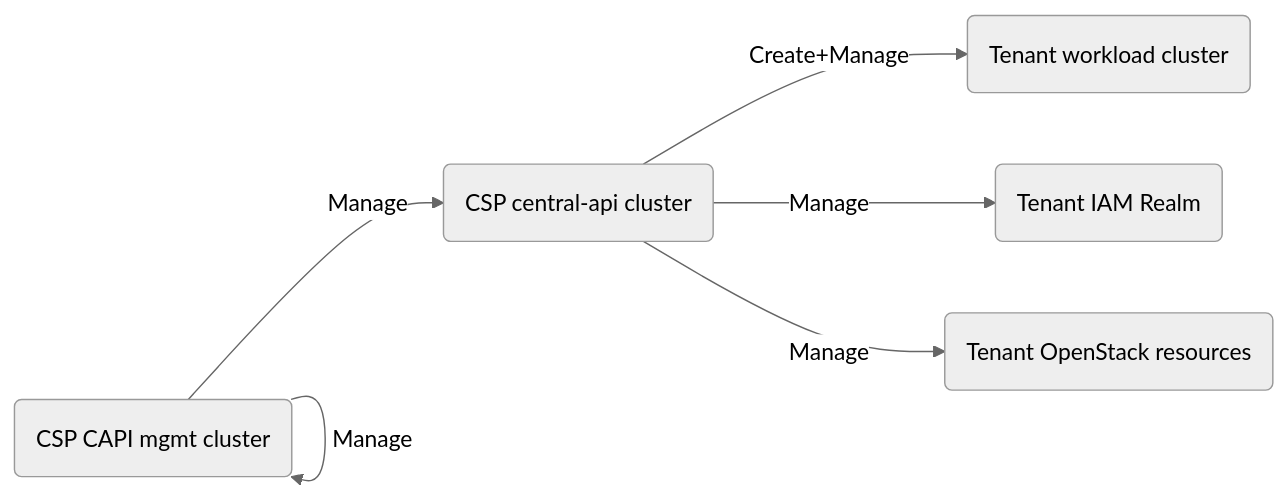
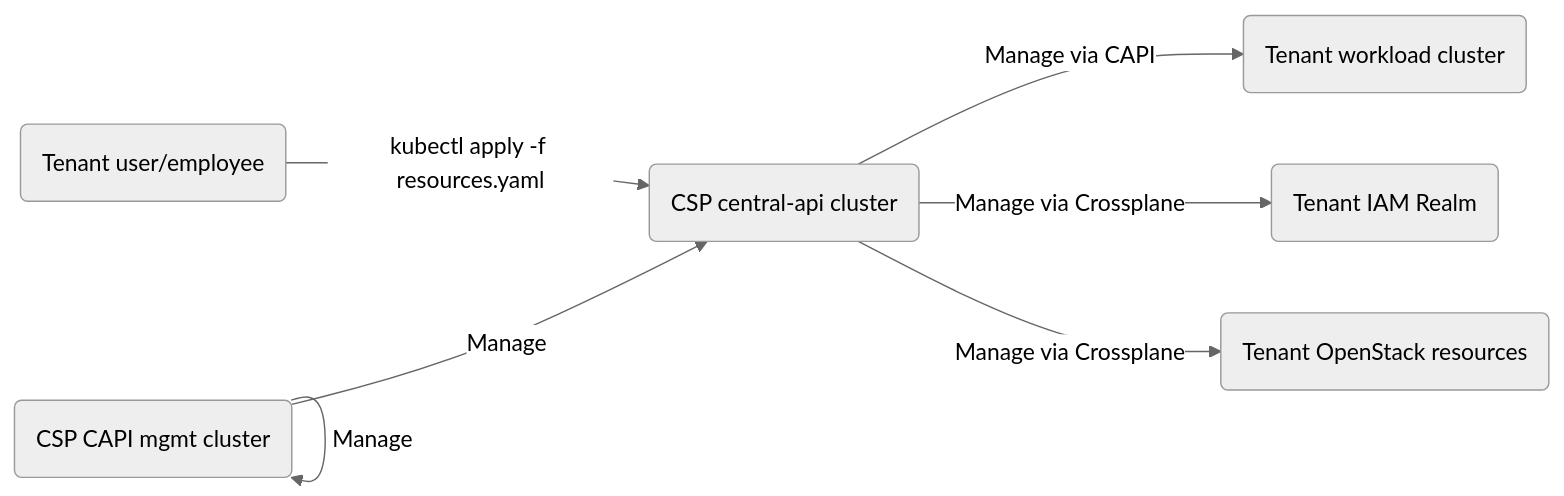
The seventh of 7 diagrams in install-concept.md (SovereignCloudStack/central-api), drawn with Mermaid (neutral theme) before and after one commit. The commit also changed other lines of this file, not shown here.

````diff
--- a/install-concept.md
+++ b/install-concept.md
@@ -42,8 +42,9 @@
 ```mermaid
 flowchart LR
     B(CSP CAPI mgmt cluster) -->|Manage| C(CSP central-api cluster)
     B -->|Manage| B
-    C -->|Create+Manage| C1(Tenant workload cluster)
-    C -->|Manage| C2(Tenant IAM Realm)
-    C -->|Manage| C3(Tenant OpenStack resources)
+    C -->|Manage via CAPI| C1(Tenant workload cluster)
+    C -->|Manage via Crossplane| C2(Tenant IAM Realm)
+    C -->|Manage via Crossplane| C3(Tenant OpenStack resources)
+    U(Tenant user/employee) -->|kubectl apply -f resources.yaml| C
 ```
````
